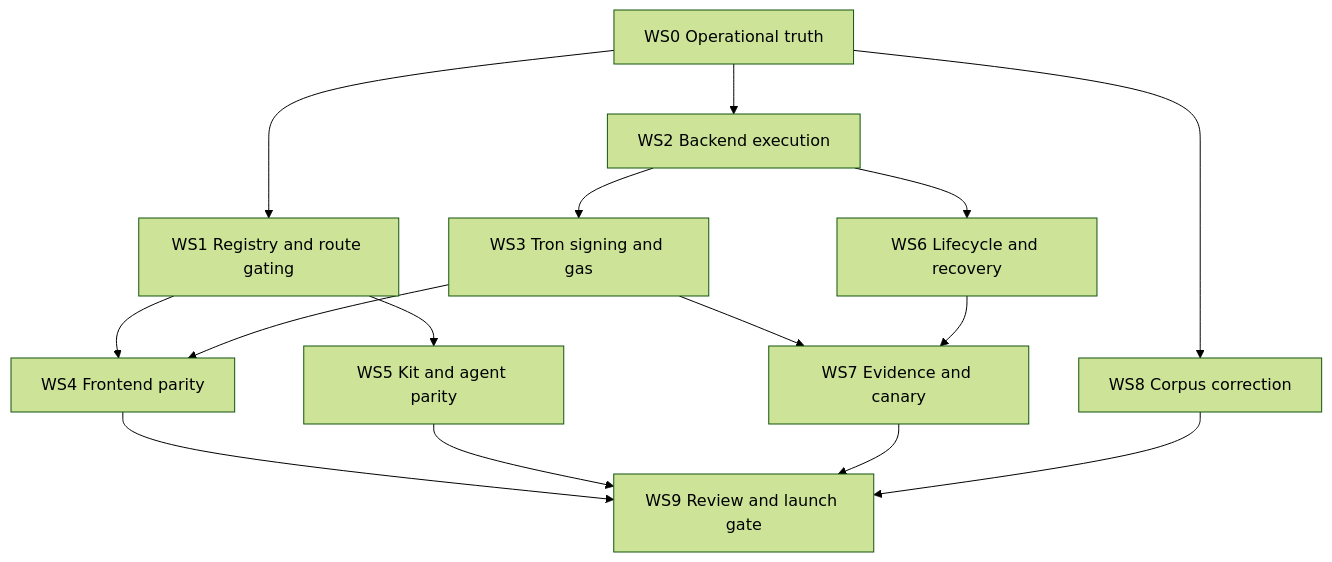
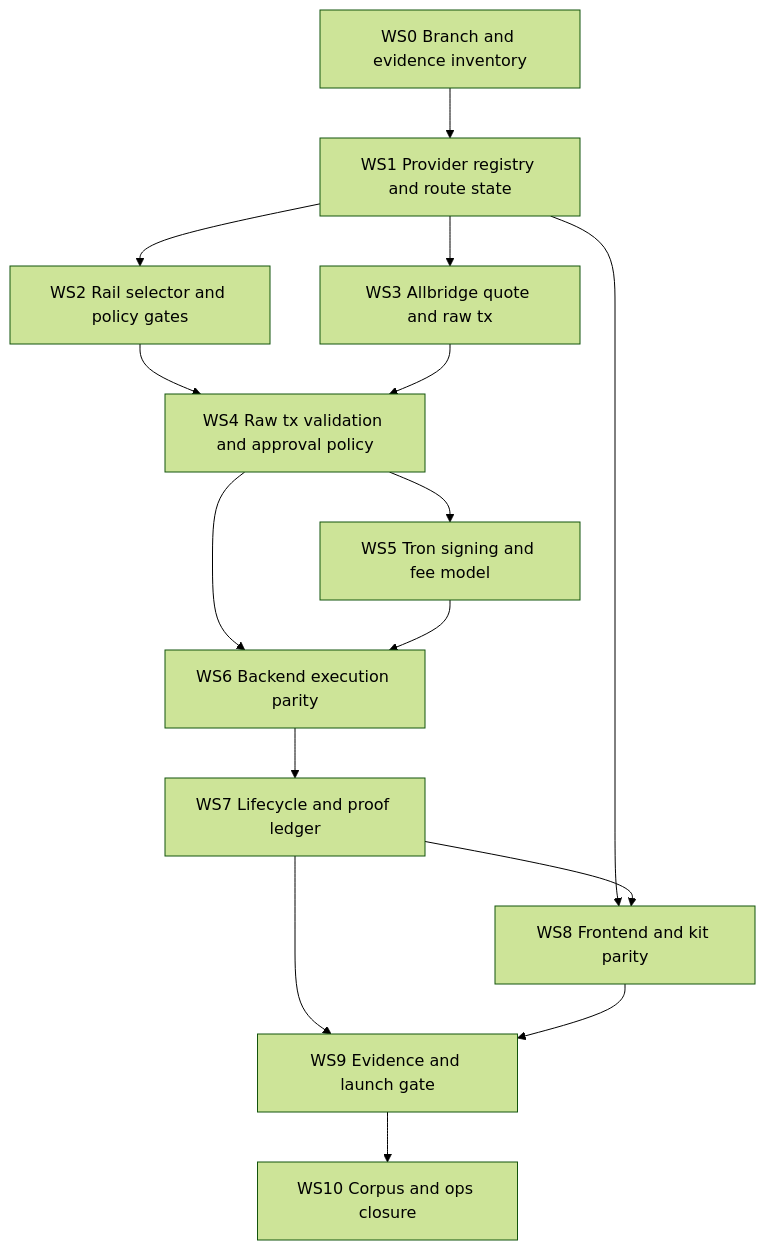
The diagram in docs/superpowers/specs/2026-05-18-sw4p-usdt-tron-parity-sow.md (Render-Network-OS/docs), drawn with Mermaid (forest theme) before and after one commit. The commit also changed other lines of this file and 4 other files, not shown here.

````diff
--- a/docs/superpowers/specs/2026-05-18-sw4p-usdt-tron-parity-sow.md
+++ b/docs/superpowers/specs/2026-05-18-sw4p-usdt-tron-parity-sow.md
@@ -42,17 +40,17 @@
 ```mermaid
 flowchart TD
-    WS0["WS0 Operational truth"] --> WS1["WS1 Registry and route gating"]
-    WS0 --> WS2["WS2 Backend execution"]
-    WS0 --> WS8["WS8 Corpus correction"]
-    WS1 --> WS4["WS4 Frontend parity"]
-    WS1 --> WS5["WS5 Kit and agent parity"]
-    WS2 --> WS3["WS3 Tron signing and gas"]
-    WS2 --> WS6["WS6 Lifecycle and recovery"]
+    WS0["WS0 Branch and evidence inventory"] --> WS1["WS1 Provider registry and route state"]
+    WS1 --> WS2["WS2 Rail selector and policy gates"]
+    WS1 --> WS3["WS3 Allbridge quote and raw tx"]
+    WS2 --> WS4["WS4 Raw tx validation and approval policy"]
     WS3 --> WS4
-    WS3 --> WS7["WS7 Evidence and canary"]
-    WS6 --> WS7
-    WS4 --> WS9["WS9 Review and launch gate"]
-    WS5 --> WS9
-    WS7 --> WS9
+    WS4 --> WS5["WS5 Tron signing and fee model"]
+    WS4 --> WS6["WS6 Backend execution parity"]
+    WS5 --> WS6
+    WS6 --> WS7["WS7 Lifecycle and proof ledger"]
+    WS1 --> WS8["WS8 Frontend and kit parity"]
+    WS7 --> WS8
+    WS7 --> WS9["WS9 Evidence and launch gate"]
     WS8 --> WS9
+    WS9 --> WS10["WS10 Corpus and ops closure"]
 ```
````
